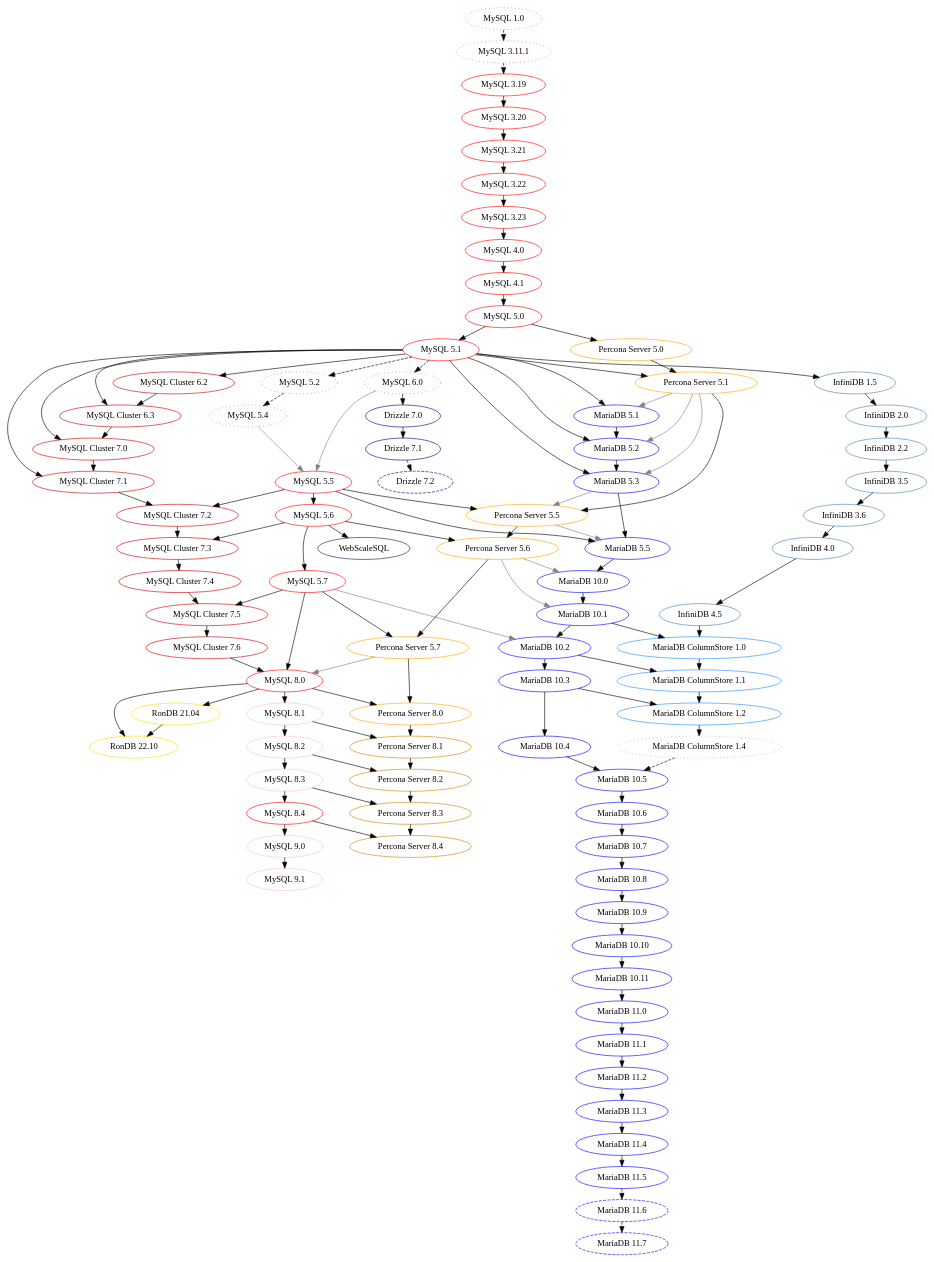
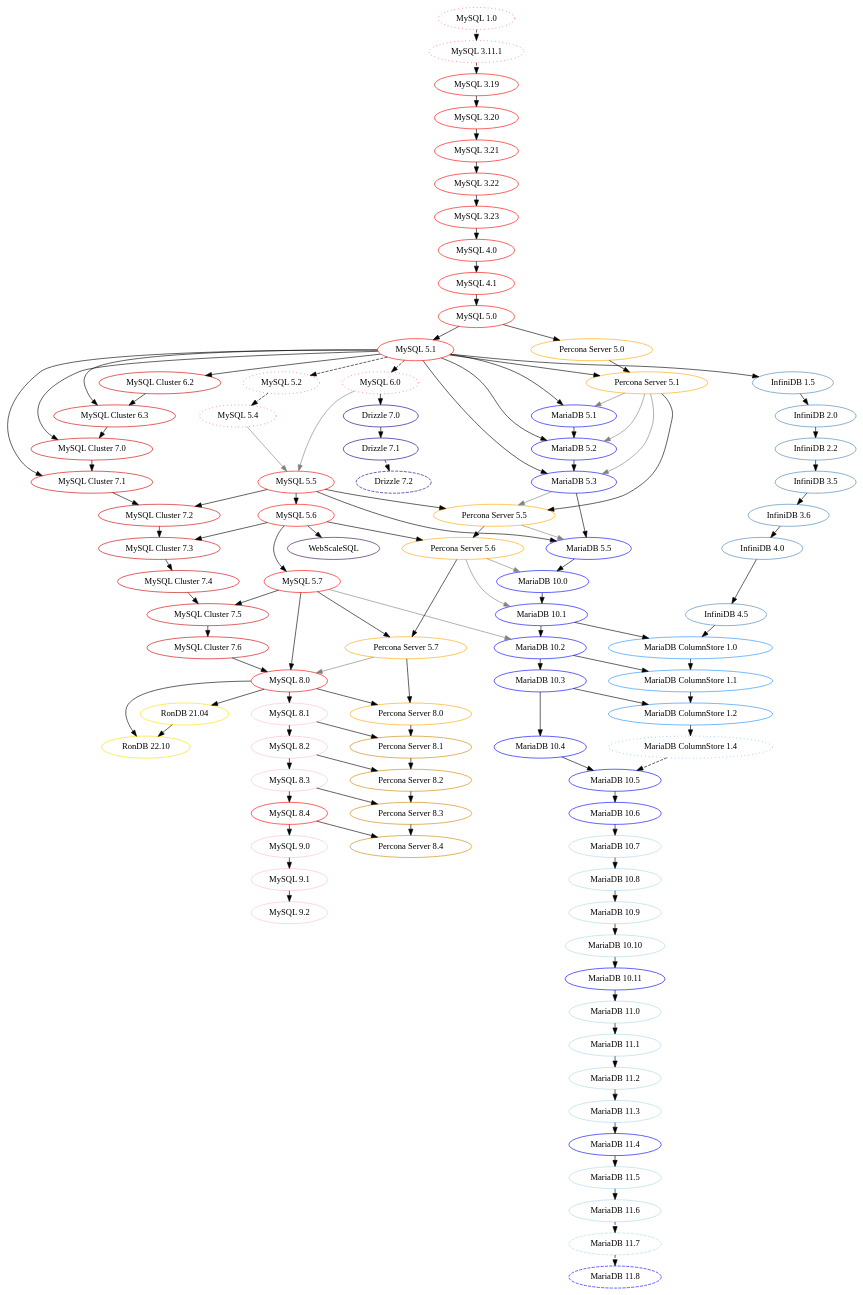
Before and after one commit to dveeden/mysql-history-graph: the diagram in mysql-history-graph.dot, drawn with Graphviz. The commit also changed 6 other files, not shown here.

```diff
--- a/mysql-history-graph.dot
+++ b/mysql-history-graph.dot
@@ -6,14 +6,14 @@
 	   Abandoned / No public release: 	dotted
 	   Oracle MySQL: 	                LTS=red, Innovation=pink
 	   MySQL Cluster: 	                red3
-	   MariaDB: 		                blue
+	   MariaDB: 		                LTS=blue, rolling=lightblue
        InfiniDB:                        steelblue
        MariaDB ColumnStore:             dodgerblue
 	   Drizzle: 		                blue4
 	   Percona Server: 	                LTS=orange, Innovation=orange3
 	*/
 
-	nodesep=0.6;
+	nodesep=0.5;
 	ranksep=0.25;
 
 	/* MySQL/Sun/Oracle MySQL GA */
@@ -36,6 +36,7 @@
 	"MySQL 8.4" [color="red"];
 	"MySQL 9.0" [color="pink"];
 	"MySQL 9.1" [color="pink"];
+	"MySQL 9.2" [color="pink"];
 	"MySQL 3.19" -> "MySQL 3.20";
 	"MySQL 3.20" -> "MySQL 3.21";
 	"MySQL 3.21" -> "MySQL 3.22";
@@ -56,6 +57,7 @@
 	"MySQL 8.3" -> "MySQL 8.4";
 	"MySQL 8.4" -> "MySQL 9.0";
 	"MySQL 9.0" -> "MySQL 9.1";
+	"MySQL 9.1" -> "MySQL 9.2";
 
 	/* MySQL/Sun/Oracle non-GA */	
 	//
@@ -108,7 +110,13 @@
 	"MySQL Cluster 7.4" -> "MySQL Cluster 7.5";
 	"MySQL Cluster 7.5" -> "MySQL Cluster 7.6";
 
-	/* MariaDB */
+	/*
+		MariaDB
+		Rolling release:	lightblue
+		LTS release:		blue
+		In development: 	dashed
+		https://mariadb.org/about/#maintenance-policy
+	*/
 	"MariaDB 5.1" [color="blue"];
 	"MariaDB 5.2" [color="blue"];
 	"MariaDB 5.3" [color="blue"];
@@ -120,19 +128,20 @@
 	"MariaDB 10.4" [color="blue"];
 	"MariaDB 10.5" [color="blue"];
 	"MariaDB 10.6" [color="blue"];
-	"MariaDB 10.7" [color="blue"];
-	"MariaDB 10.8" [color="blue"];
-	"MariaDB 10.9" [color="blue"];
-	"MariaDB 10.10" [color="blue"];
+	"MariaDB 10.7" [color="lightblue"];
+	"MariaDB 10.8" [color="lightblue"];
+	"MariaDB 10.9" [color="lightblue"];
+	"MariaDB 10.10" [color="lightblue"];
 	"MariaDB 10.11" [color="blue"];
-	"MariaDB 11.0" [color="blue"];
-	"MariaDB 11.1" [color="blue"];
-	"MariaDB 11.2" [color="blue"];
-	"MariaDB 11.3" [color="blue"];
+	"MariaDB 11.0" [color="lightblue"];
+	"MariaDB 11.1" [color="lightblue"];
+	"MariaDB 11.2" [color="lightblue"];
+	"MariaDB 11.3" [color="lightblue"];
 	"MariaDB 11.4" [color="blue"];
-	"MariaDB 11.5" [color="blue"];
-	"MariaDB 11.6" [color="blue", style="dashed"];
-	"MariaDB 11.7" [color="blue", style="dashed"];
+	"MariaDB 11.5" [color="lightblue"];
+	"MariaDB 11.6" [color="lightblue"];
+	"MariaDB 11.7" [color="lightblue", style="dashed"];
+	"MariaDB 11.8" [color="blue", style="dashed"];
 	"MySQL 5.1" -> "MariaDB 5.1";
 	"Percona Server 5.1" -> "MariaDB 5.1" [color="grey"]; // XtraDB
 	"MySQL 5.1" -> "MariaDB 5.2";
@@ -173,8 +182,9 @@
 	"MariaDB 11.2" -> "MariaDB 11.3";
 	"MariaDB 11.3" -> "MariaDB 11.4";
 	"MariaDB 11.4" -> "MariaDB 11.5";
-	"MariaDB 11.5" -> "MariaDB 11.6" [style="dashed"];
+	"MariaDB 11.5" -> "MariaDB 11.6";
 	"MariaDB 11.6" -> "MariaDB 11.7" [style="dashed"];
+	"MariaDB 11.7" -> "MariaDB 11.8" [style="dashed"];
 
     /* InfiniDB */
     "InfiniDB 1.5" [color="steelblue"];
```
